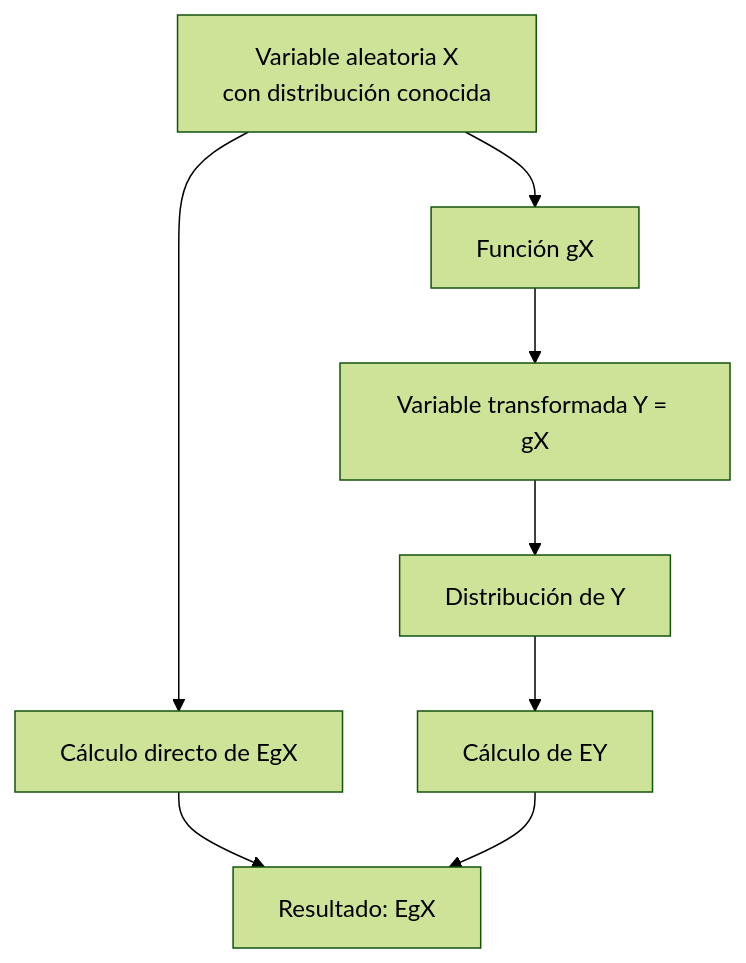
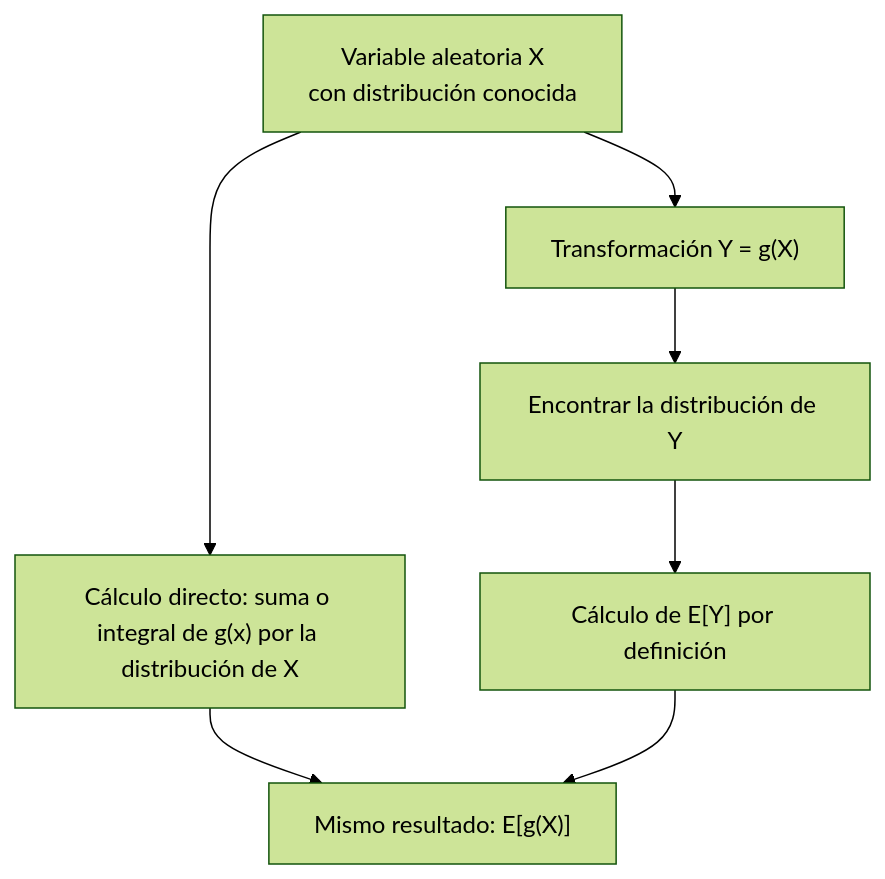
One commit to djaimej/computer-science-template changed the diagram in public/documents/semester-3/4/3433.md. Above: the diagram before and after it, drawn with Mermaid (forest theme). The commit also changed other lines of this file and 4 other files, not shown here.

````diff
--- a/public/documents/semester-3/4/3433.md
+++ b/public/documents/semester-3/4/3433.md
@@ -63,15 +79,11 @@
 ```mermaid
 flowchart TD
-    A[Variable aleatoria X<br>con distribución conocida] --> B[Función gX]
-    A --> C[Cálculo directo de EgX]
+    A[Variable aleatoria X<br>con distribución conocida] --> B["Transformación Y = g(X)"]
+    A --> C["Cálculo directo: suma o integral de g(x) por la distribución de X"]
 
-    B --> D[Variable transformada Y = gX]
-    D --> E[Distribución de Y]
-    E --> F[Cálculo de EY]
+    B --> D[Encontrar la distribución de Y]
+    D --> F["Cálculo de E[Y] por definición"]
 
-    C --> G[Resultado: EgX]
+    C --> G["Mismo resultado: E[g(X)]"]
     F --> G
-
-    C:::blue
-    G:::green
 ```
````
